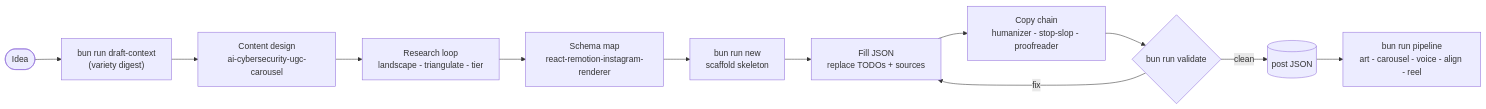
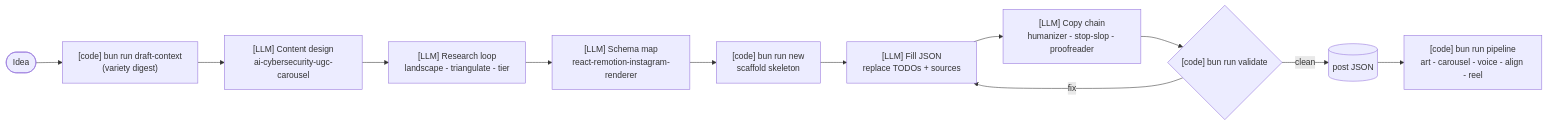
The first of 4 diagrams in renderer/docs/DRAFT_PIPELINE_ARCHITECTURE.md (jondmarien/ai-ugc-pipeline), drawn with Mermaid before and after one commit. The commit also changed other lines of this file and 2 other files, not shown here.

First line of the commit message:
docs: annotate all architecture diagrams with [LLM]/[code]/[human]

````diff
--- a/renderer/docs/DRAFT_PIPELINE_ARCHITECTURE.md
+++ b/renderer/docs/DRAFT_PIPELINE_ARCHITECTURE.md
@@ -23,14 +27,14 @@
 ```mermaid
 flowchart LR
-  idea(["Idea"]) --> dc["bun run draft-context<br/>(variety digest)"]
-  dc --> design["Content design<br/>ai-cybersecurity-ugc-carousel"]
-  design --> research["Research loop<br/>landscape - triangulate - tier"]
-  research --> map["Schema map<br/>react-remotion-instagram-renderer"]
-  map --> scaffold["bun run new<br/>scaffold skeleton"]
-  scaffold --> fill["Fill JSON<br/>replace TODOs + sources"]
-  fill --> copy["Copy chain<br/>humanizer - stop-slop - proofreader"]
-  copy --> validate{"bun run validate"}
+  idea(["Idea"]) --> dc["[code] bun run draft-context<br/>(variety digest)"]
+  dc --> design["[LLM] Content design<br/>ai-cybersecurity-ugc-carousel"]
+  design --> research["[LLM] Research loop<br/>landscape - triangulate - tier"]
+  research --> map["[LLM] Schema map<br/>react-remotion-instagram-renderer"]
+  map --> scaffold["[code] bun run new<br/>scaffold skeleton"]
+  scaffold --> fill["[LLM] Fill JSON<br/>replace TODOs + sources"]
+  fill --> copy["[LLM] Copy chain<br/>humanizer - stop-slop - proofreader"]
+  copy --> validate{"[code] bun run validate"}
   validate -- fix --> fill
   validate -- clean --> json[("post JSON")]
-  json --> render["bun run pipeline<br/>art - carousel - voice - align - reel"]
+  json --> render["[code] bun run pipeline<br/>art - carousel - voice - align - reel"]
 ```
````
